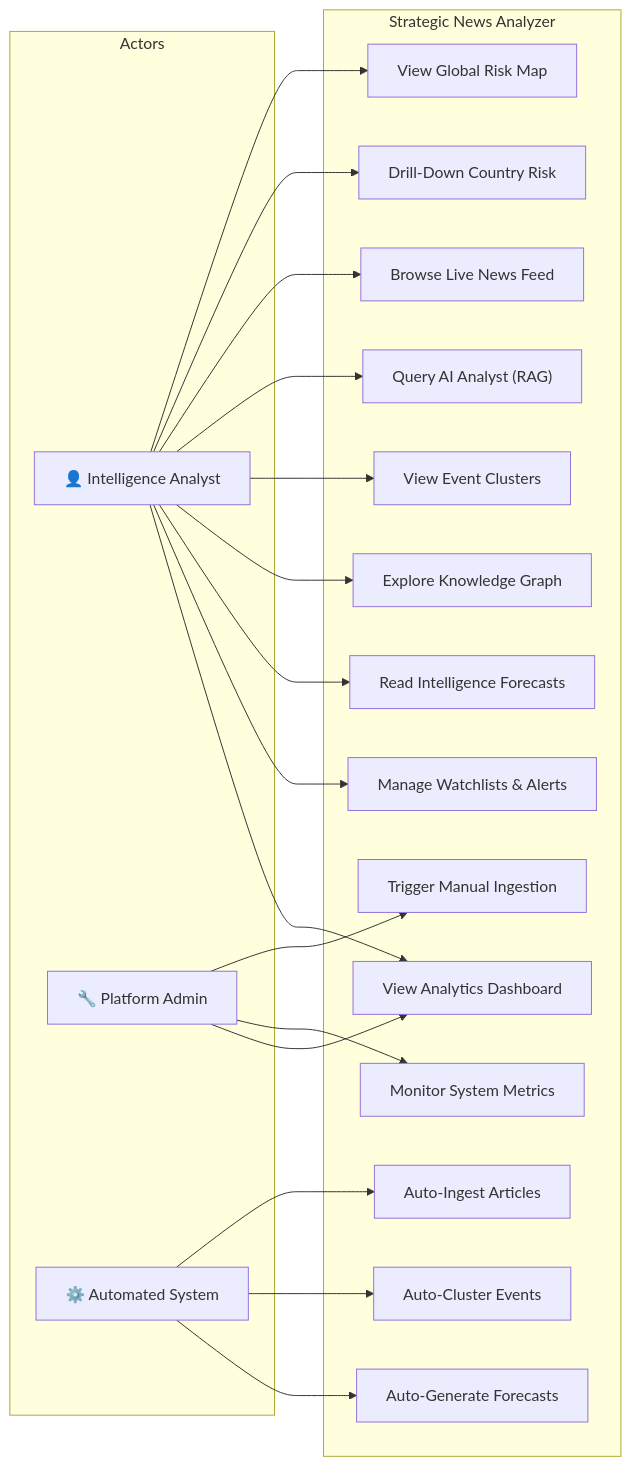
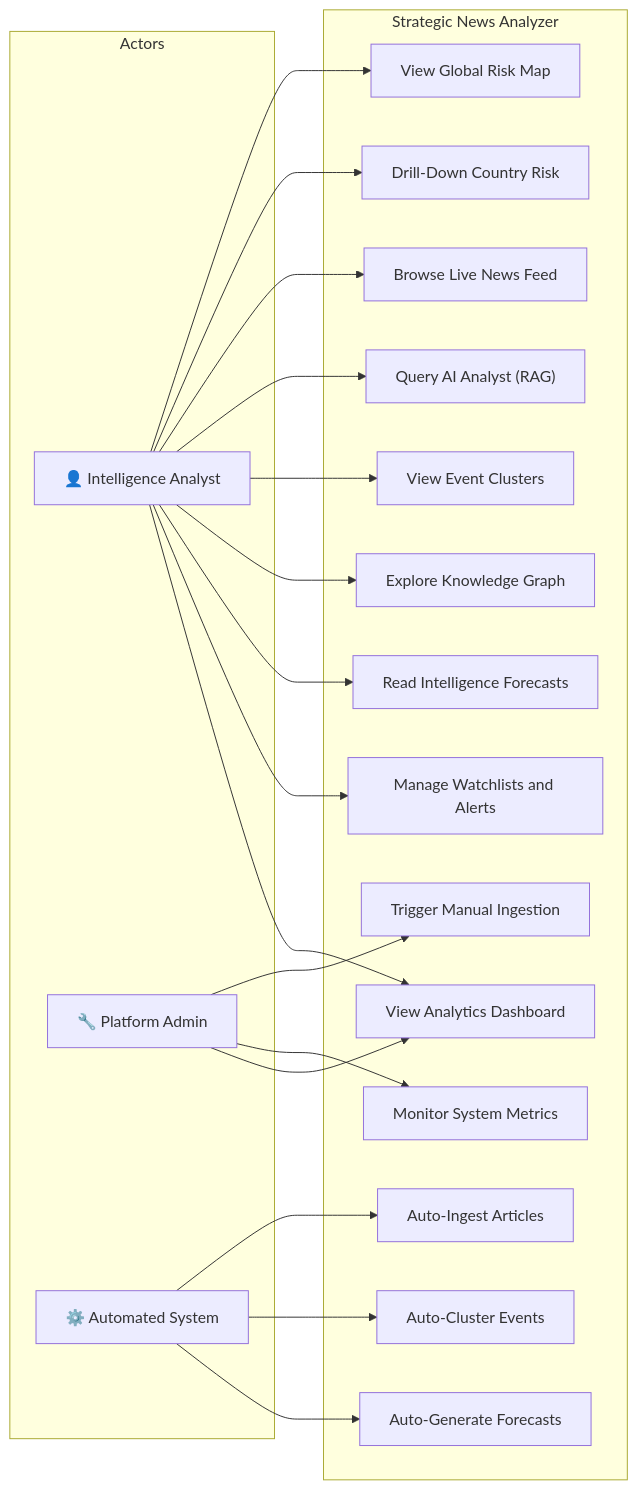
Before and after one commit to krishmaniyar/Strategic-News-Analyzer: the third of 5 diagrams in README.md, drawn with Mermaid. The commit also changed other lines of this file, not shown here.

Commit message:
docs: fix README formatting - remove CDATA wrapper, fix Mermaid br tags and escaped ampersands

````diff
--- a/README.md
+++ b/README.md
@@ -212,43 +212,43 @@
 ```mermaid
 flowchart LR
     subgraph Actors
         Analyst["👤 Intelligence Analyst"]
         Admin["🔧 Platform Admin"]
         System["⚙️ Automated System"]
     end
 
     subgraph UseCases["Strategic News Analyzer"]
         UC1["View Global Risk Map"]
         UC2["Drill-Down Country Risk"]
         UC3["Browse Live News Feed"]
         UC4["Query AI Analyst (RAG)"]
         UC5["View Event Clusters"]
         UC6["Explore Knowledge Graph"]
         UC7["Read Intelligence Forecasts"]
         UC8["Trigger Manual Ingestion"]
         UC9["Monitor System Metrics"]
         UC10["Auto-Ingest Articles"]
         UC11["Auto-Cluster Events"]
         UC12["Auto-Generate Forecasts"]
-        UC13["Manage Watchlists & Alerts"]
+        UC13["Manage Watchlists and Alerts"]
         UC14["View Analytics Dashboard"]
     end
 
     Analyst --> UC1
     Analyst --> UC2
     Analyst --> UC3
     Analyst --> UC4
     Analyst --> UC5
     Analyst --> UC6
     Analyst --> UC7
     Analyst --> UC13
     Analyst --> UC14
 
     Admin --> UC8
     Admin --> UC9
     Admin --> UC14
 
     System --> UC10
     System --> UC11
     System --> UC12
 ```
````
